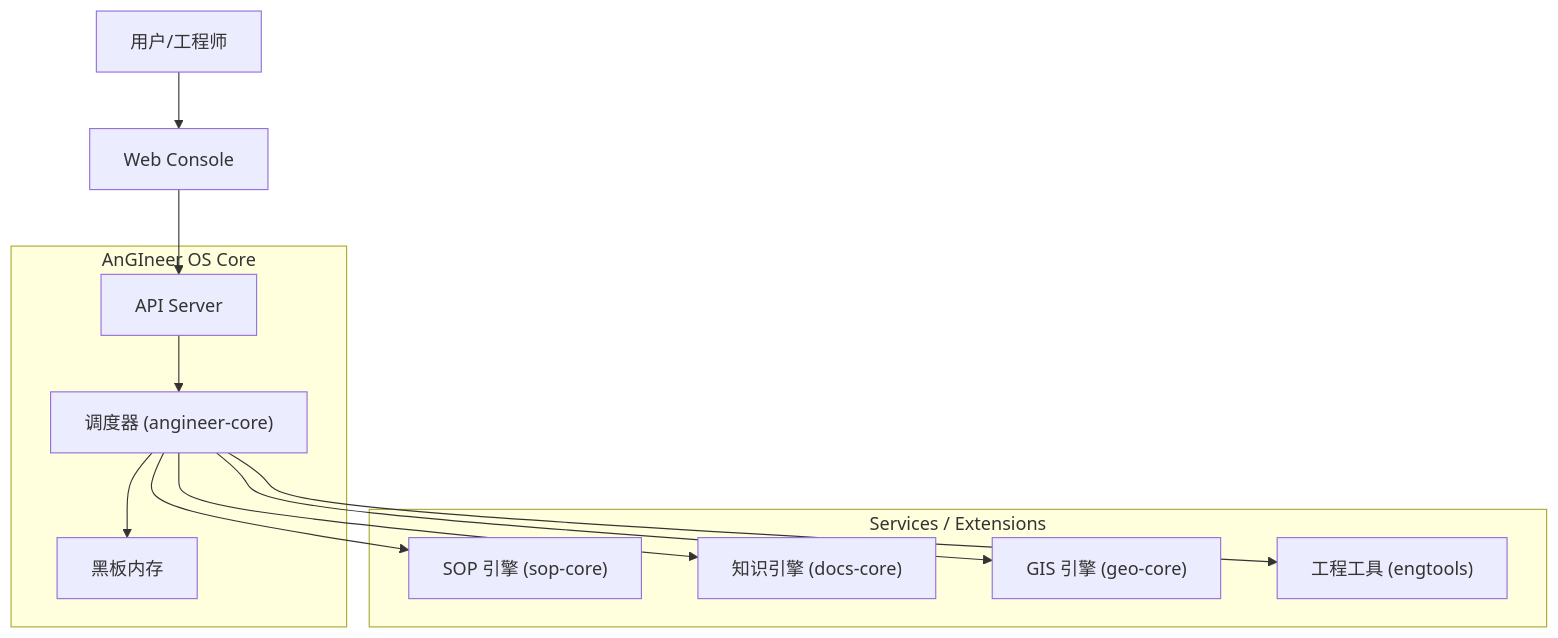
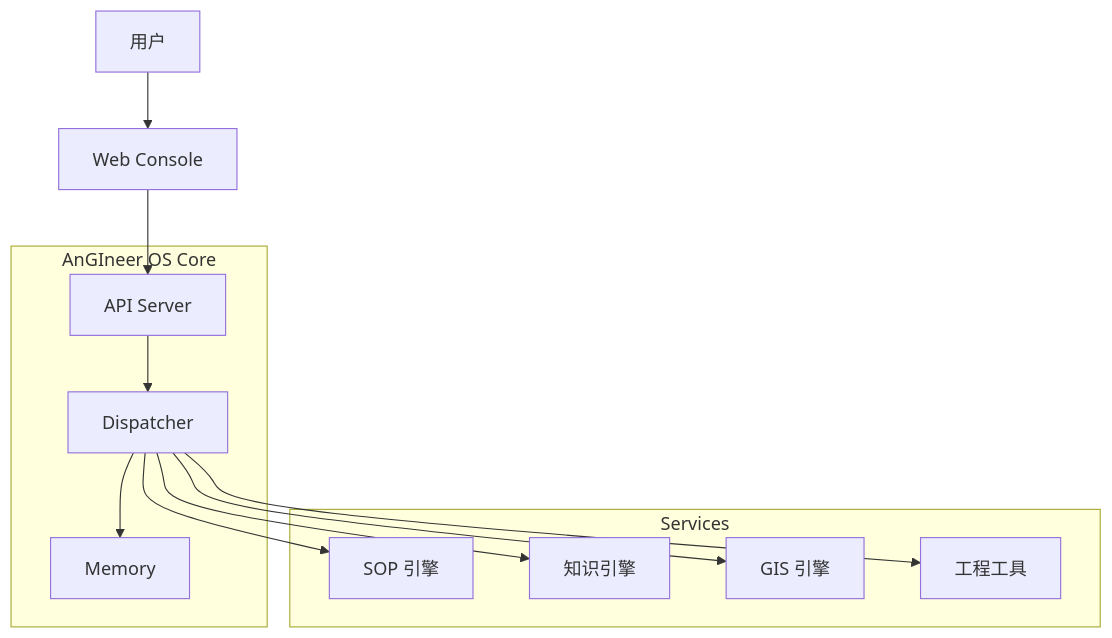
Before and after one commit to 0mao0/AnGIneer: the first of 6 diagrams in README.md, drawn with Mermaid. The commit also changed other lines of this file and 18 other files, not shown here.

````diff
--- a/README.md
+++ b/README.md
@@ -13,17 +21,17 @@
 ```mermaid
 flowchart TD
-    User["用户/工程师"] --> Web["Web Console"]
-    Web --> API["API Server"]
+    U["用户"] --> W["Web Console"]
+    W --> A["API Server"]
     
-    subgraph "AnGIneer OS Core"
-        API --> Dispatcher["调度器 (angineer-core)"]
-        Dispatcher --> Memory["黑板内存"]
+    subgraph Core["AnGIneer OS Core"]
+        A --> D["Dispatcher"]
+        D --> M["Memory"]
     end
     
-    subgraph "Services / Extensions"
-        Dispatcher --> SOP["SOP 引擎 (sop-core)"]
-        Dispatcher --> Docs["知识引擎 (docs-core)"]
-        Dispatcher --> Geo["GIS 引擎 (geo-core)"]
-        Dispatcher --> Eng["工程工具 (engtools)"]
+    subgraph Services["Services"]
+        D --> S["SOP 引擎"]
+        D --> Doc["知识引擎"]
+        D --> G["GIS 引擎"]
+        D --> E["工程工具"]
     end
 ```
````
